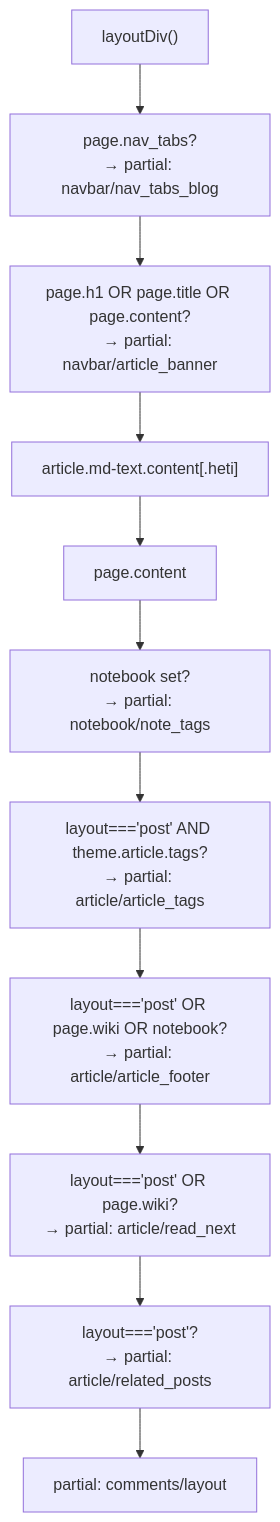
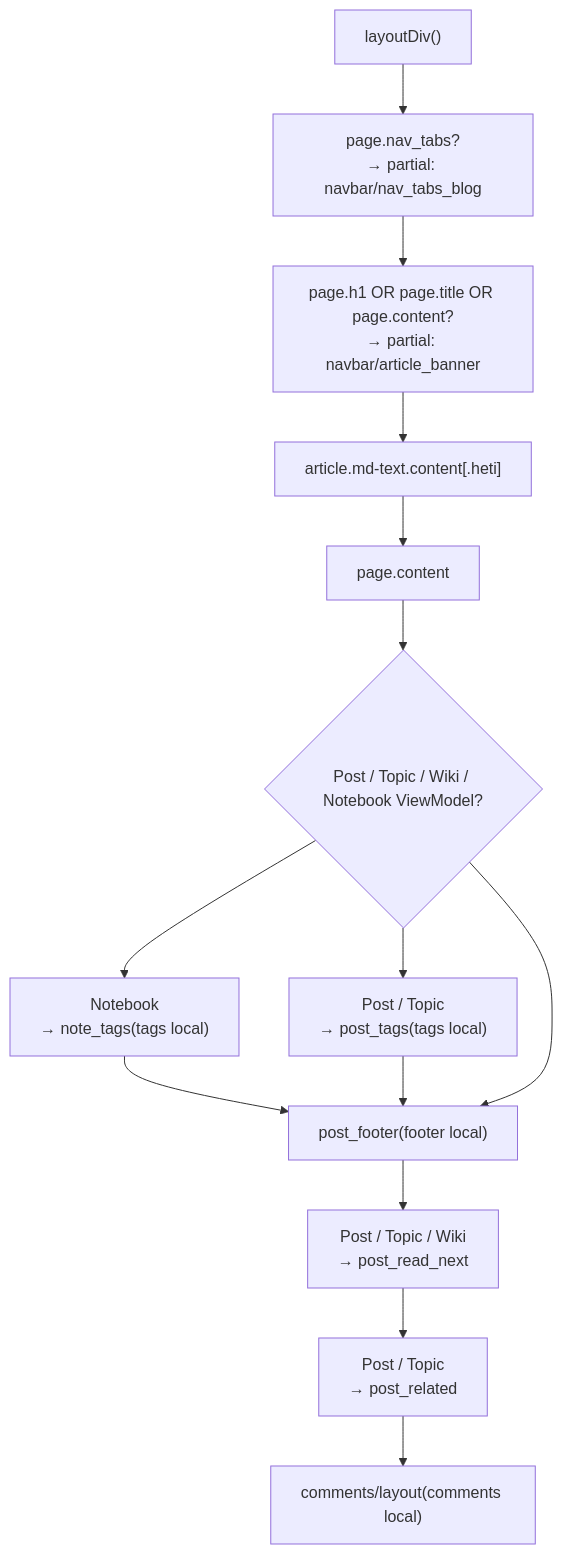
The fifth of 5 diagrams in docs/knowledge/02-布局系统/page-templates-routing.md (xaoxuu/hexo-theme-stellar), drawn with Mermaid before and after one commit. The commit also changed other lines of this file and 861 other files, not shown here.

````diff
--- a/docs/knowledge/02-布局系统/page-templates-routing.md
+++ b/docs/knowledge/02-布局系统/page-templates-routing.md
@@ -167,13 +165,16 @@
 ```mermaid
 flowchart TD
     START["layoutDiv()"] --> NAVTABS["page.nav_tabs?\n→ partial: navbar/nav_tabs_blog"]
     NAVTABS --> BANNER["page.h1 OR page.title OR page.content?\n→ partial: navbar/article_banner"]
     BANNER --> ARTICLE["article.md-text.content[.heti]"]
     ARTICLE --> CONTENT["page.content"]
-    CONTENT --> NOTETAGS["notebook set?\n→ partial: notebook/note_tags"]
-    NOTETAGS --> TAGS["layout==='post' AND theme.article.tags?\n→ partial: article/article_tags"]
-    TAGS --> FOOTER["layout==='post' OR page.wiki OR notebook?\n→ partial: article/article_footer"]
-    FOOTER --> READNEXT["layout==='post' OR page.wiki?\n→ partial: article/read_next"]
-    READNEXT --> RELATED["layout==='post'?\n→ partial: article/related_posts"]
-    RELATED --> COMMENTS["partial: comments/layout"]
+    CONTENT --> STRICT{"Post / Topic / Wiki / Notebook ViewModel?"}
+    STRICT --> NOTETAGS["Notebook\n→ note_tags(tags local)"]
+    STRICT --> POSTTAGS["Post / Topic\n→ post_tags(tags local)"]
+    NOTETAGS --> FOOTER["post_footer(footer local)"]
+    POSTTAGS --> FOOTER
+    STRICT --> FOOTER
+    FOOTER --> READNEXT["Post / Topic / Wiki\n→ post_read_next"]
+    READNEXT --> RELATED["Post / Topic\n→ post_related"]
+    RELATED --> COMMENTS["comments/layout(comments local)"]
 ```
````
